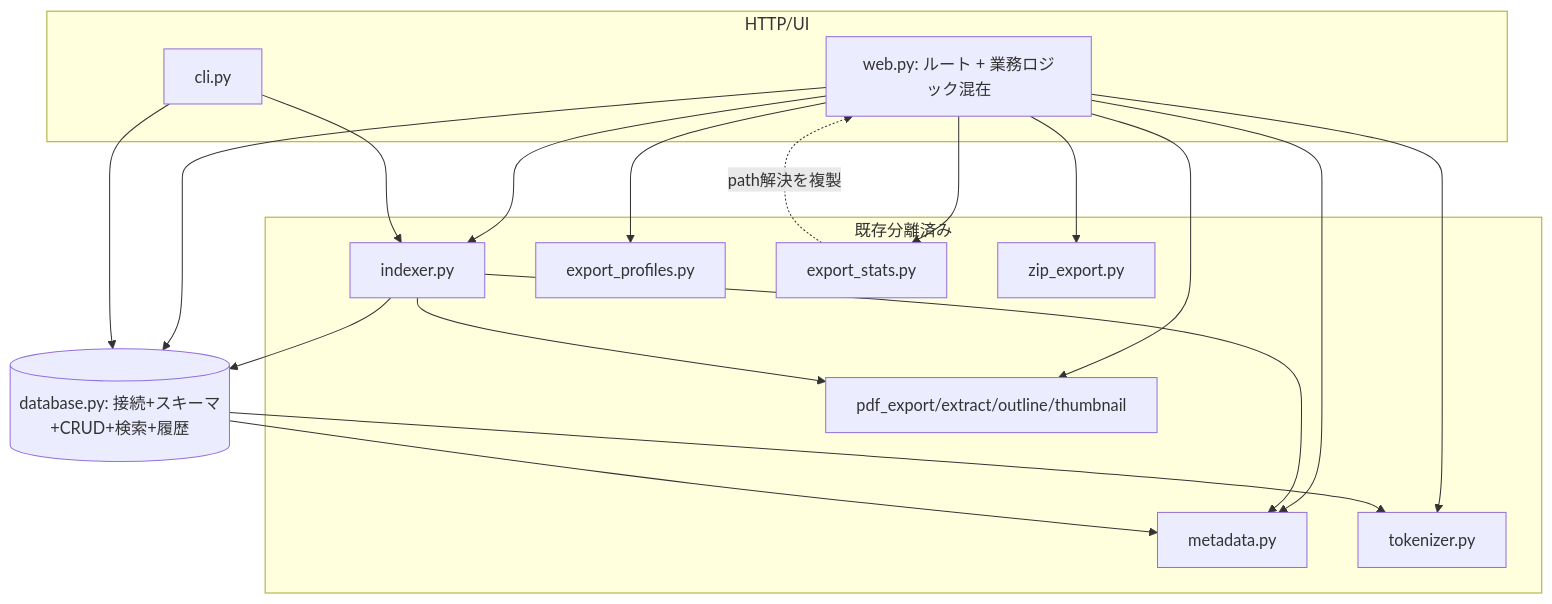
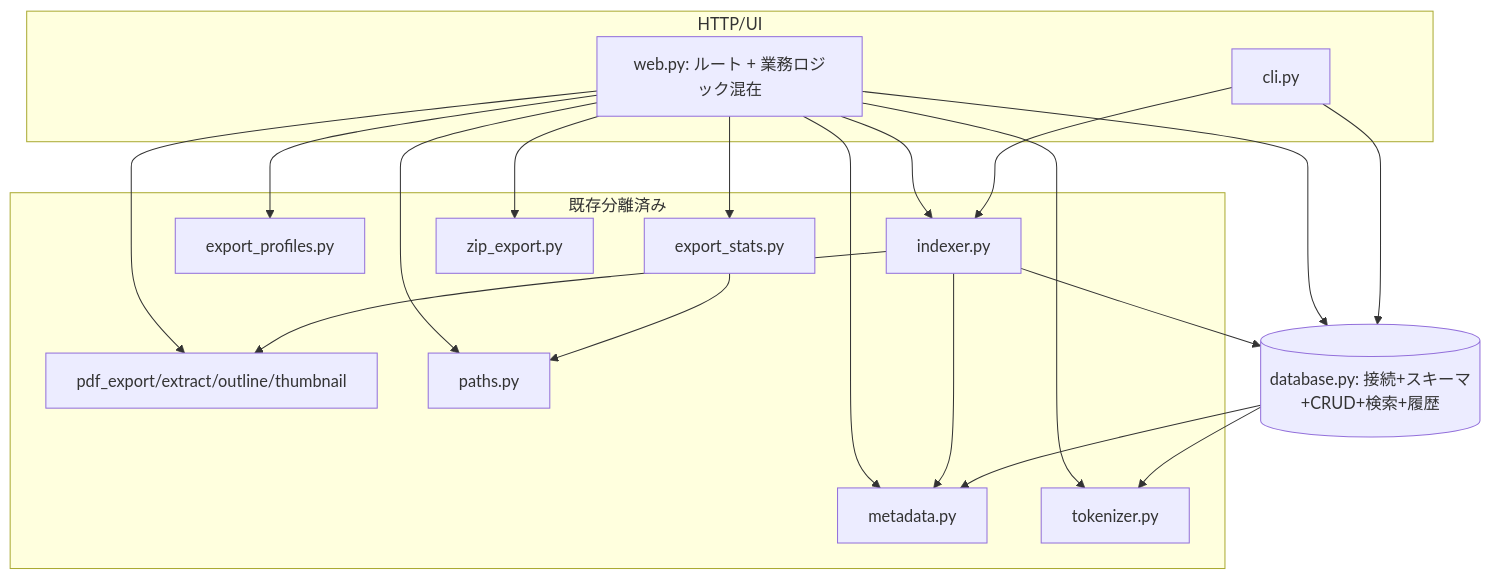
The first of 2 diagrams in docs/central-file-refactoring-inventory.md (freedomcat/tsundokensaku), drawn with Mermaid before and after one commit. The commit also changed other lines of this file, not shown here.

````diff
--- a/docs/central-file-refactoring-inventory.md
+++ b/docs/central-file-refactoring-inventory.md
@@ -179,34 +179,36 @@
 ```mermaid
 graph TD
     subgraph HTTP/UI
         web[web.py: ルート + 業務ロジック混在]
         cli[cli.py]
     end
     subgraph 既存分離済み
         idx[indexer.py]
         meta[metadata.py]
         tok[tokenizer.py]
         expp[export_profiles.py]
         exps[export_stats.py]
         zip[zip_export.py]
         pdfx[pdf_export/extract/outline/thumbnail]
+        paths[paths.py]
     end
     db[(database.py: 接続+スキーマ+CRUD+検索+履歴)]
 
     web --> db
     web --> meta
     web --> idx
     web --> expp
     web --> exps
     web --> zip
     web --> pdfx
     web --> tok
+    web --> paths
+    exps --> paths
     cli --> db
     cli --> idx
     idx --> db
     idx --> meta
     idx --> pdfx
     db --> meta
     db --> tok
-    exps -. path解決を複製 .-> web
 ```
````
